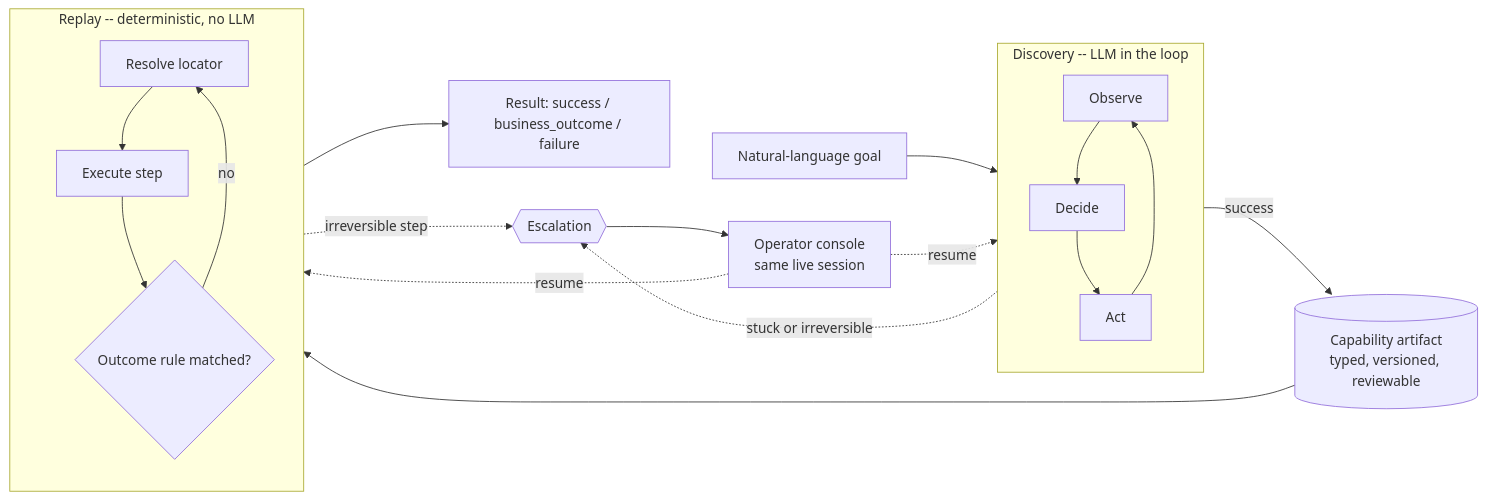
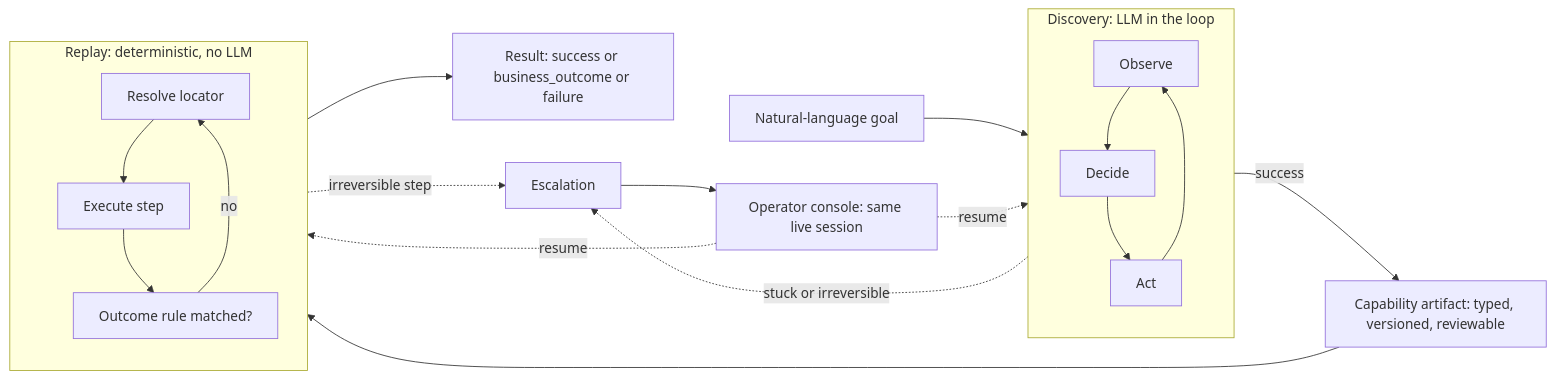
The diagram in README.md (deeps45/computer-use-automation), drawn with Mermaid before and after one commit.

Commit message:
Simplify README mermaid diagram to plain node shapes
Drop <br/> line breaks and stadium/cylinder shapes in favor of single-line
rectangle nodes -- a more conservative subset of mermaid syntax, less likely
to hit any GitHub renderer edge case.

````diff
--- a/README.md
+++ b/README.md
@@ -19,26 +19,26 @@
 ```mermaid
 flowchart LR
     Goal[Natural-language goal] --> Loop
 
-    subgraph Loop [Discovery -- LLM in the loop]
+    subgraph Loop [Discovery: LLM in the loop]
         direction TB
         Observe --> Decide --> Act --> Observe
     end
 
-    Loop -->|success| Artifact[(Capability artifact<br/>typed, versioned, reviewable)]
+    Loop -->|success| Artifact[Capability artifact: typed, versioned, reviewable]
     Artifact --> Replay
 
-    subgraph Replay [Replay -- deterministic, no LLM]
+    subgraph Replay [Replay: deterministic, no LLM]
         direction TB
-        Resolve[Resolve locator] --> Execute[Execute step] --> Rule{Outcome rule matched?}
+        Resolve[Resolve locator] --> Execute[Execute step] --> Rule[Outcome rule matched?]
         Rule -->|no| Resolve
     end
 
-    Replay --> Result[Result: success / business_outcome / failure]
+    Replay --> Result[Result: success or business_outcome or failure]
 
-    Loop -.stuck or irreversible.-> Escalation{{Escalation}}
+    Loop -.stuck or irreversible.-> Escalation[Escalation]
     Replay -.irreversible step.-> Escalation
-    Escalation --> Operator[Operator console<br/>same live session]
+    Escalation --> Operator[Operator console: same live session]
     Operator -.resume.-> Loop
     Operator -.resume.-> Replay
 ```
````
